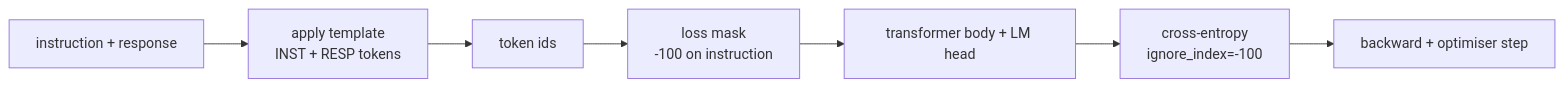
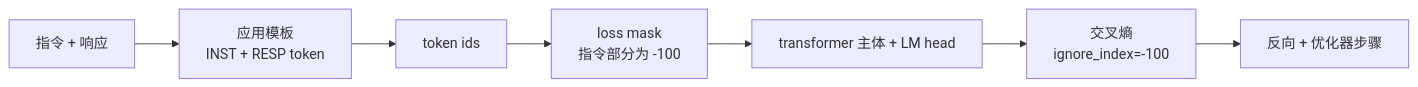
The first of 3 diagrams in lessons/19-capstone-projects/39-instruction-tuning-sft/docs/zh.md (guangningsun/ailearning), drawn with Mermaid before and after one commit. The commit also changed other lines of this file and 85 other files, not shown here.

````diff
--- a/lessons/19-capstone-projects/39-instruction-tuning-sft/docs/zh.md
+++ b/lessons/19-capstone-projects/39-instruction-tuning-sft/docs/zh.md
@@ -34,9 +34,9 @@
 ```mermaid
 flowchart LR
-  Pair[instruction + response] --> Tmpl[apply template<br/>INST + RESP tokens]
+  Pair[指令 + 响应] --> Tmpl[应用模板<br/>INST + RESP token]
   Tmpl --> Tokens[token ids]
-  Tokens --> Mask[loss mask<br/>-100 on instruction]
-  Mask --> Model[transformer body + LM head]
-  Model --> CE[cross-entropy<br/>ignore_index=-100]
-  CE --> Step[backward + optimiser step]
+  Tokens --> Mask[loss mask<br/>指令部分为 -100]
+  Mask --> Model[transformer 主体 + LM head]
+  Model --> CE[交叉熵<br/>ignore_index=-100]
+  CE --> Step[反向 + 优化器步骤]
 ```
````
